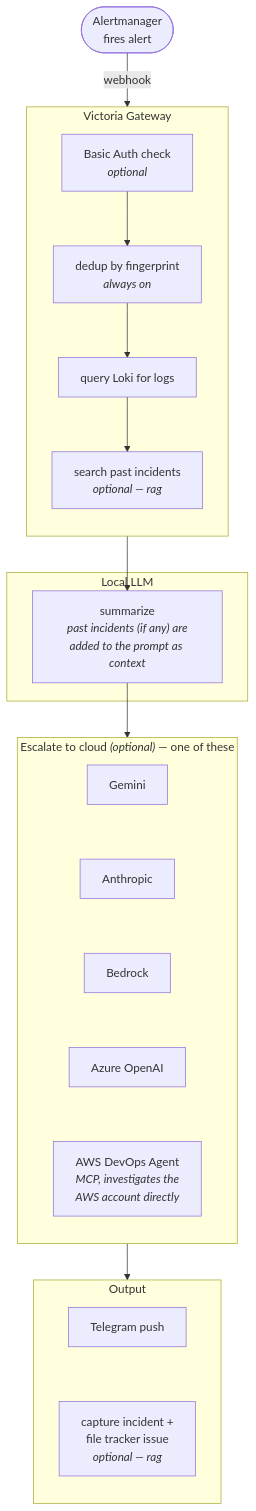
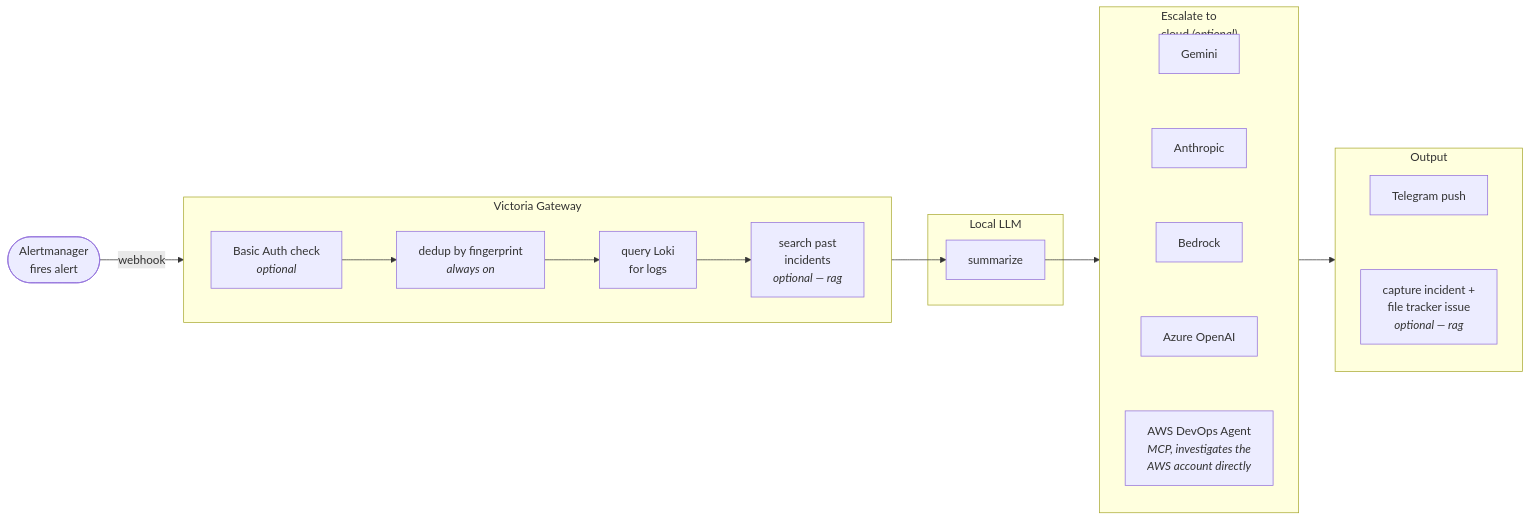
Before and after one commit to GordonWei/victoria-gateway: the diagram in README.md, drawn with Mermaid. The commit also changed other lines of this file, not shown here.

Commit message:
docs: rebalance the swimlane diagram — LR overall, cloud/output lanes stacked vertically
Vertical-only was correctly sized in width but ballooned in height (5
stacked boxes plus generous invisible-edge spacing made it fill most of
a page). This hybrid keeps the naturally-short sequential steps in a row
and only stacks the genuinely-parallel cloud/output options, landing at
a natural 784x275 render — fits a README column without shrinking and
without a full-page-tall diagram.

````diff
--- a/README.md
+++ b/README.md
@@ -32,29 +32,28 @@
 ```mermaid
-flowchart TB
+flowchart LR
     AM(["Alertmanager<br/>fires alert"]) -->|webhook| B1
 
     subgraph VG["Victoria Gateway"]
-        direction TB
-        B1["Basic Auth check<br/><i>optional</i>"] --> B2["dedup by fingerprint<br/><i>always on</i>"] --> B3["query Loki for logs"] --> B4["search past incidents<br/><i>optional — rag</i>"]
+        direction LR
+        B1["Basic Auth check<br/><i>optional</i>"] --> B2["dedup by fingerprint<br/><i>always on</i>"] --> B3["query Loki<br/>for logs"] --> B4["search past<br/>incidents<br/><i>optional — rag</i>"]
+    end
+
+    subgraph LLM["Local LLM"]
+        C1["summarize"]
     end
 
     B4 --> C1
-
-    subgraph LLM["Local LLM"]
-        C1["summarize<br/><i>past incidents (if any) are<br/>added to the prompt as context</i>"]
-    end
-
     C1 --> CLOUD
 
-    subgraph CLOUD["Escalate to cloud <i>(optional)</i> — one of these"]
+    subgraph CLOUD["Escalate to<br/>cloud <i>(optional)</i>"]
         direction TB
         D1["Gemini"] ~~~ D2["Anthropic"] ~~~ D3["Bedrock"] ~~~ D4["Azure OpenAI"] ~~~ D5["AWS DevOps Agent<br/><i>MCP, investigates the<br/>AWS account directly</i>"]
     end
 
     CLOUD --> OUT
 
     subgraph OUT["Output"]
         direction TB
         E1["Telegram push"] ~~~ E2["capture incident +<br/>file tracker issue<br/><i>optional — rag</i>"]
     end
 ```
````
